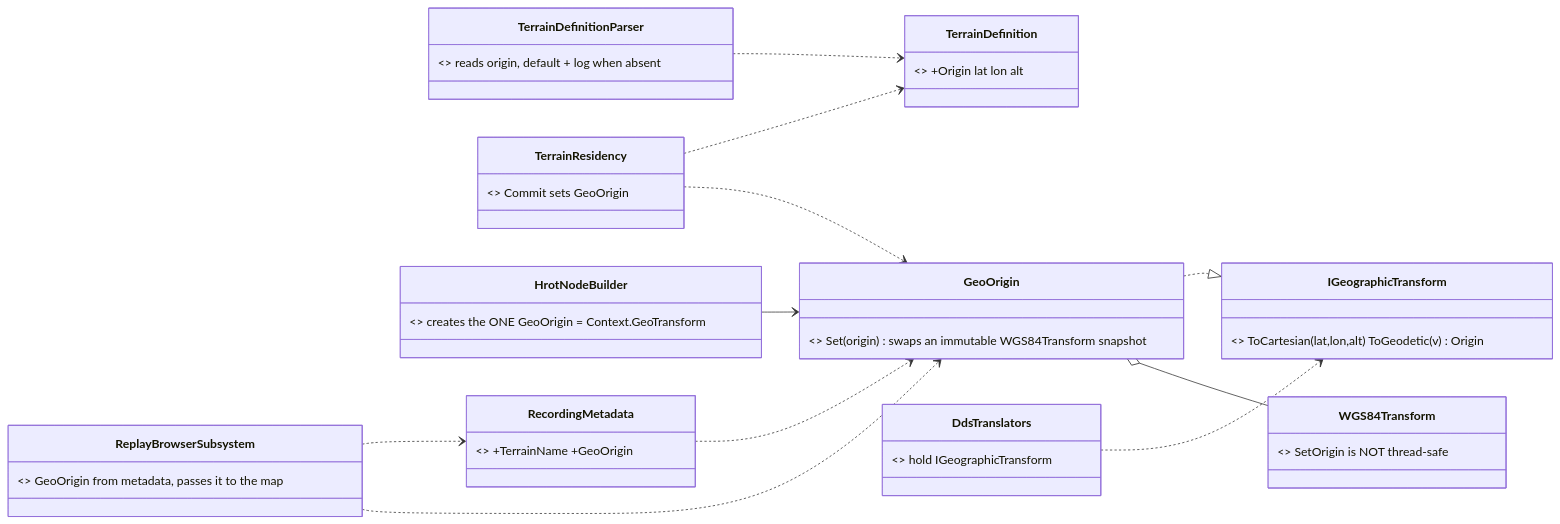
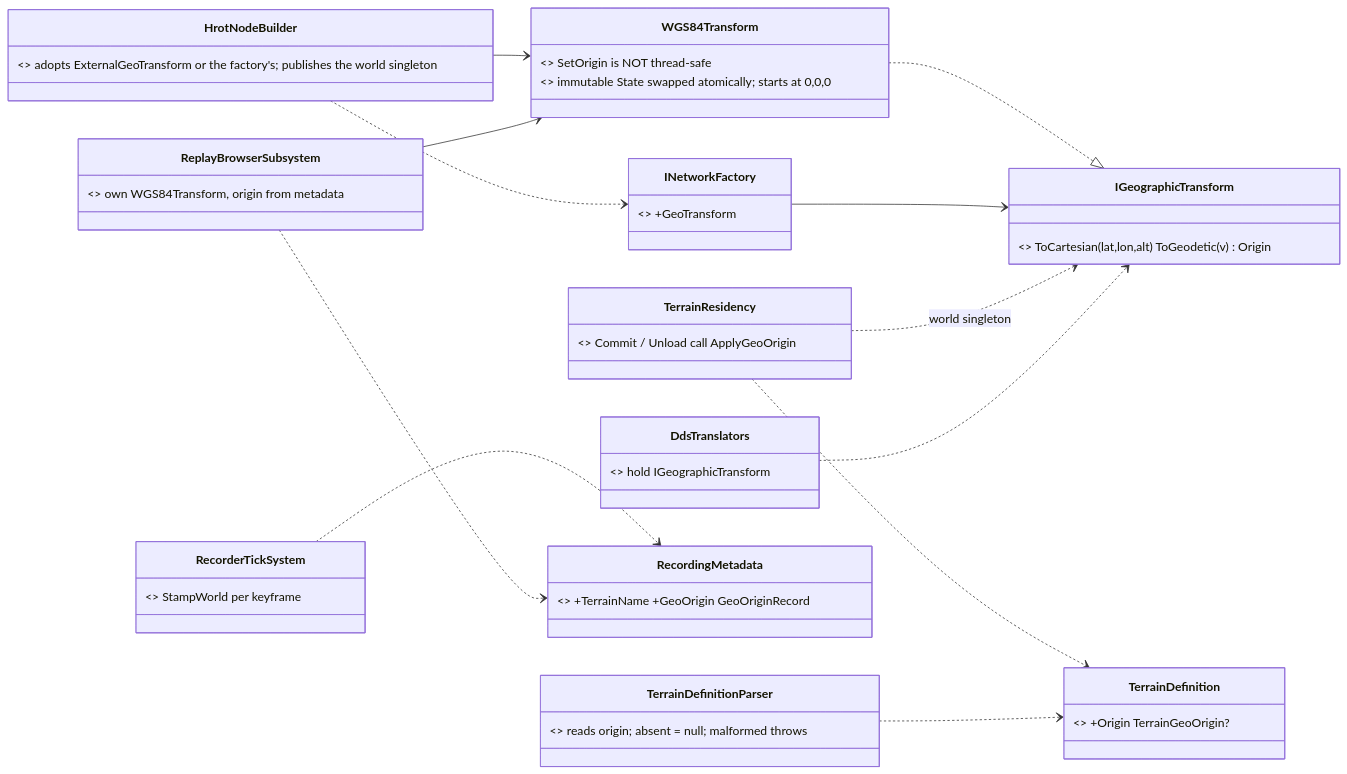
Before and after one commit to pjanec/HROT: the first of 3 diagrams in docs/DESIGN_Geo_Origin.md, drawn with Mermaid. The commit also changed other lines of this file and 45 other files, not shown here.

First line of the commit message:
CE-3126 (WIP, build not yet verified): geo origin comes from the terrain file

````diff
--- a/docs/DESIGN_Geo_Origin.md
+++ b/docs/DESIGN_Geo_Origin.md
@@ -56,24 +56,27 @@
 ```mermaid
 classDiagram
   direction LR
   class IGeographicTransform { <<existing>> ToCartesian(lat,lon,alt) ToGeodetic(v) Origin }
   class WGS84Transform { <<existing>> SetOrigin is NOT thread-safe }
-  class GeoOrigin { <<NEW, Hrot.Core>> Set(origin) swaps an immutable WGS84Transform snapshot }
-  class TerrainDefinition { <<existing, grows>> +Origin lat lon alt }
-  class TerrainDefinitionParser { <<existing, grows>> reads origin, default + log when absent }
-  class TerrainResidency { <<existing, grows>> Commit sets GeoOrigin }
-  class HrotNodeBuilder { <<existing, changes>> creates the ONE GeoOrigin = Context.GeoTransform }
-  class RecordingMetadata { <<existing, grows>> +TerrainName +GeoOrigin }
-  class ReplayBrowserSubsystem { <<existing, grows>> GeoOrigin from metadata, passes it to the map }
+  class WGS84Transform { <<existing, changed>> immutable State swapped atomically; starts at 0,0,0 }
+  class INetworkFactory { <<existing, grows>> +GeoTransform }
+  class TerrainDefinition { <<existing, grows>> +Origin TerrainGeoOrigin? }
+  class TerrainDefinitionParser { <<existing, grows>> reads origin; absent = null; malformed throws }
+  class TerrainResidency { <<existing, grows>> Commit / Unload call ApplyGeoOrigin }
+  class HrotNodeBuilder { <<existing, changes>> adopts ExternalGeoTransform or the factory's; publishes the world singleton }
+  class RecordingMetadata { <<existing, grows>> +TerrainName +GeoOrigin GeoOriginRecord }
+  class RecorderTickSystem { <<existing, grows>> StampWorld per keyframe }
+  class ReplayBrowserSubsystem { <<existing, grows>> own WGS84Transform, origin from metadata }
   class DdsTranslators { <<existing>> hold IGeographicTransform }
-  GeoOrigin ..|> IGeographicTransform
-  GeoOrigin o-- WGS84Transform
-  HrotNodeBuilder --> GeoOrigin
+  WGS84Transform ..|> IGeographicTransform
+  INetworkFactory --> IGeographicTransform
+  HrotNodeBuilder ..> INetworkFactory
+  HrotNodeBuilder --> WGS84Transform
   TerrainResidency ..> TerrainDefinition
-  TerrainResidency ..> GeoOrigin
+  TerrainResidency ..> IGeographicTransform : world singleton
   TerrainDefinitionParser ..> TerrainDefinition
   DdsTranslators ..> IGeographicTransform
-  RecordingMetadata ..> GeoOrigin
+  RecorderTickSystem ..> RecordingMetadata
   ReplayBrowserSubsystem ..> RecordingMetadata
-  ReplayBrowserSubsystem ..> GeoOrigin
+  ReplayBrowserSubsystem --> WGS84Transform
 ```
````
